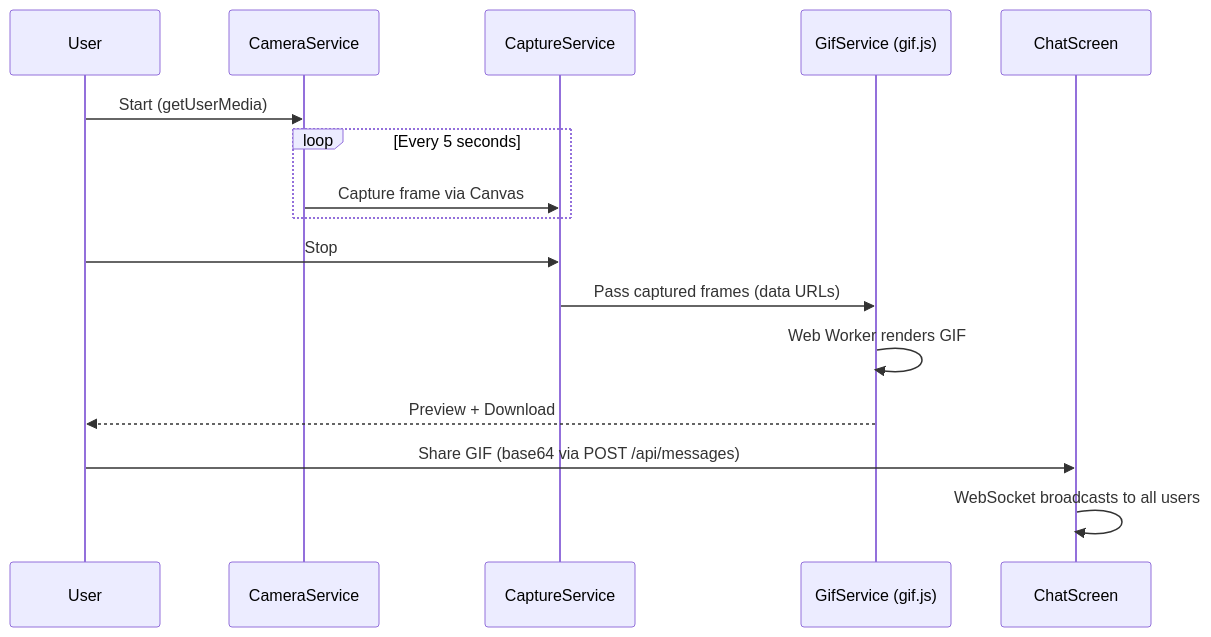
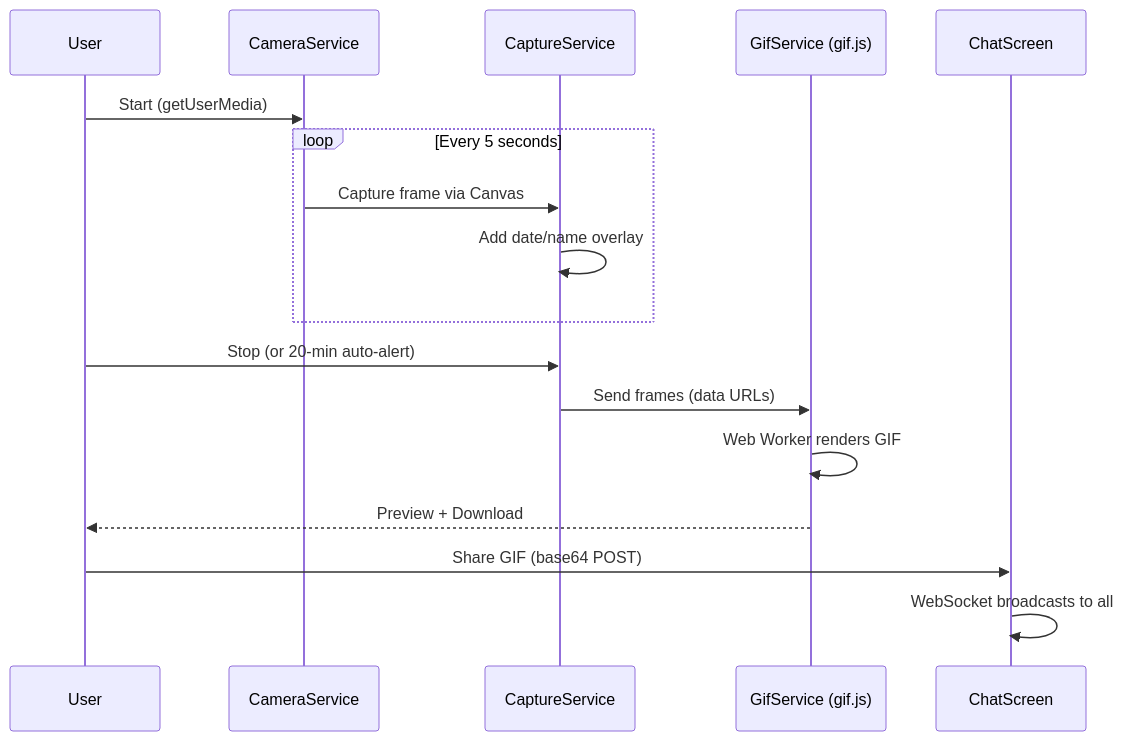
One commit to bookseal/bithabit changed the fourth of 4 diagrams in README.md. Above: the diagram before and after it, drawn with Mermaid. The commit also changed other lines of this file, not shown here.

````diff
--- a/README.md
+++ b/README.md
@@ -193,19 +144,20 @@
 ```mermaid
 sequenceDiagram
     participant U as User
     participant Cam as CameraService
     participant Cap as CaptureService
     participant GIF as GifService (gif.js)
     participant Chat as ChatScreen
 
     U->>Cam: Start (getUserMedia)
     loop Every 5 seconds
         Cam->>Cap: Capture frame via Canvas
+        Cap->>Cap: Add date/name overlay
     end
-    U->>Cap: Stop
-    Cap->>GIF: Pass captured frames (data URLs)
+    U->>Cap: Stop (or 20-min auto-alert)
+    Cap->>GIF: Send frames (data URLs)
     GIF->>GIF: Web Worker renders GIF
     GIF-->>U: Preview + Download
-    U->>Chat: Share GIF (base64 via POST /api/messages)
-    Chat->>Chat: WebSocket broadcasts to all users
+    U->>Chat: Share GIF (base64 POST)
+    Chat->>Chat: WebSocket broadcasts to all
 ```
````
